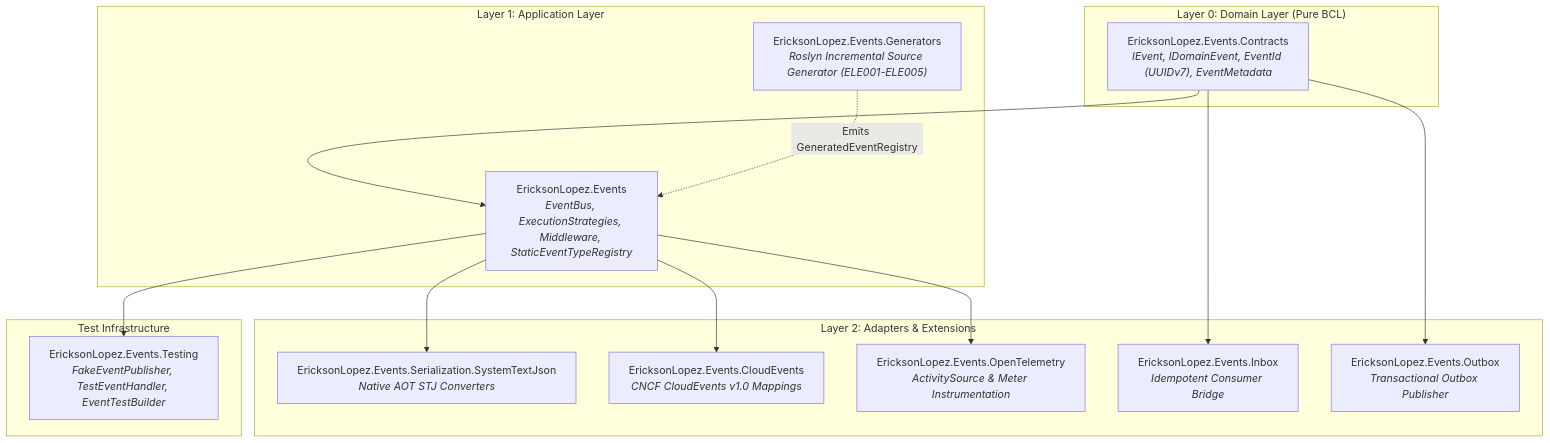
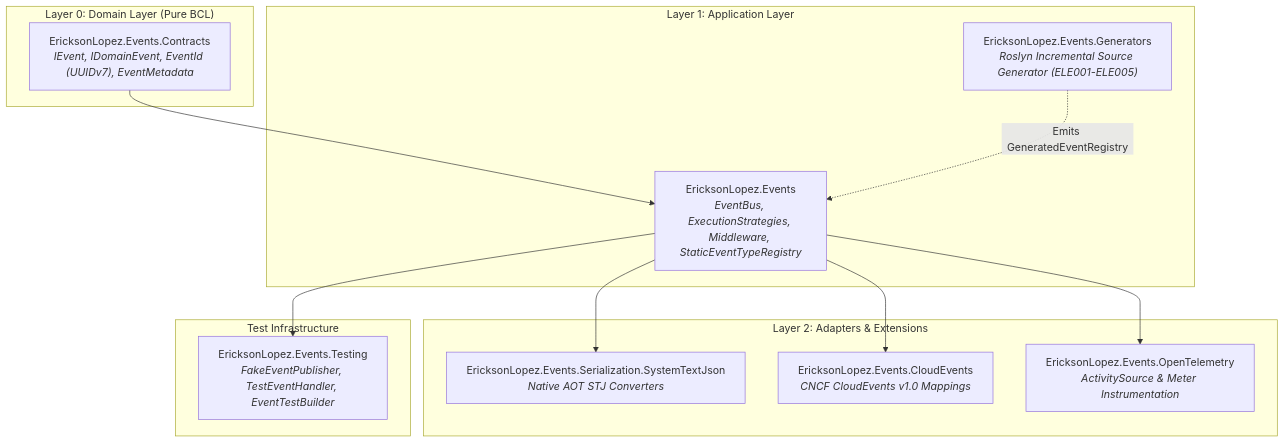
The first of 4 diagrams in docs/architecture/overview.md (ericksonlopezf/dotnet-events), drawn with Mermaid before and after one commit. The commit also changed other lines of this file and 342 other files, not shown here.

````diff
--- a/docs/architecture/overview.md
+++ b/docs/architecture/overview.md
@@ -13,32 +13,28 @@
 ```mermaid
 graph TD
     subgraph L0["Layer 0: Domain Layer (Pure BCL)"]
         Contracts["EricksonLopez.Events.Contracts<br/><i>IEvent, IDomainEvent, EventId (UUIDv7), EventMetadata</i>"]
     end
 
     subgraph L1["Layer 1: Application Layer"]
         Core["EricksonLopez.Events<br/><i>EventBus, ExecutionStrategies, Middleware, StaticEventTypeRegistry</i>"]
         Generators["EricksonLopez.Events.Generators<br/><i>Roslyn Incremental Source Generator (ELE001-ELE005)</i>"]
     end
 
     subgraph L2["Layer 2: Adapters & Extensions"]
         STJ["EricksonLopez.Events.Serialization.SystemTextJson<br/><i>Native AOT STJ Converters</i>"]
         CloudEvents["EricksonLopez.Events.CloudEvents<br/><i>CNCF CloudEvents v1.0 Mappings</i>"]
         OTel["EricksonLopez.Events.OpenTelemetry<br/><i>ActivitySource & Meter Instrumentation</i>"]
-        Inbox["EricksonLopez.Events.Inbox<br/><i>Idempotent Consumer Bridge</i>"]
-        Outbox["EricksonLopez.Events.Outbox<br/><i>Transactional Outbox Publisher</i>"]
     end
 
     subgraph TestLayer["Test Infrastructure"]
         Testing["EricksonLopez.Events.Testing<br/><i>FakeEventPublisher, TestEventHandler, EventTestBuilder</i>"]
     end
 
     Contracts --> Core
-    Contracts --> Inbox
-    Contracts --> Outbox
     Core --> STJ
     Core --> CloudEvents
     Core --> OTel
     Core --> Testing
     Generators -.->|"Emits GeneratedEventRegistry"| Core
 ```
````
